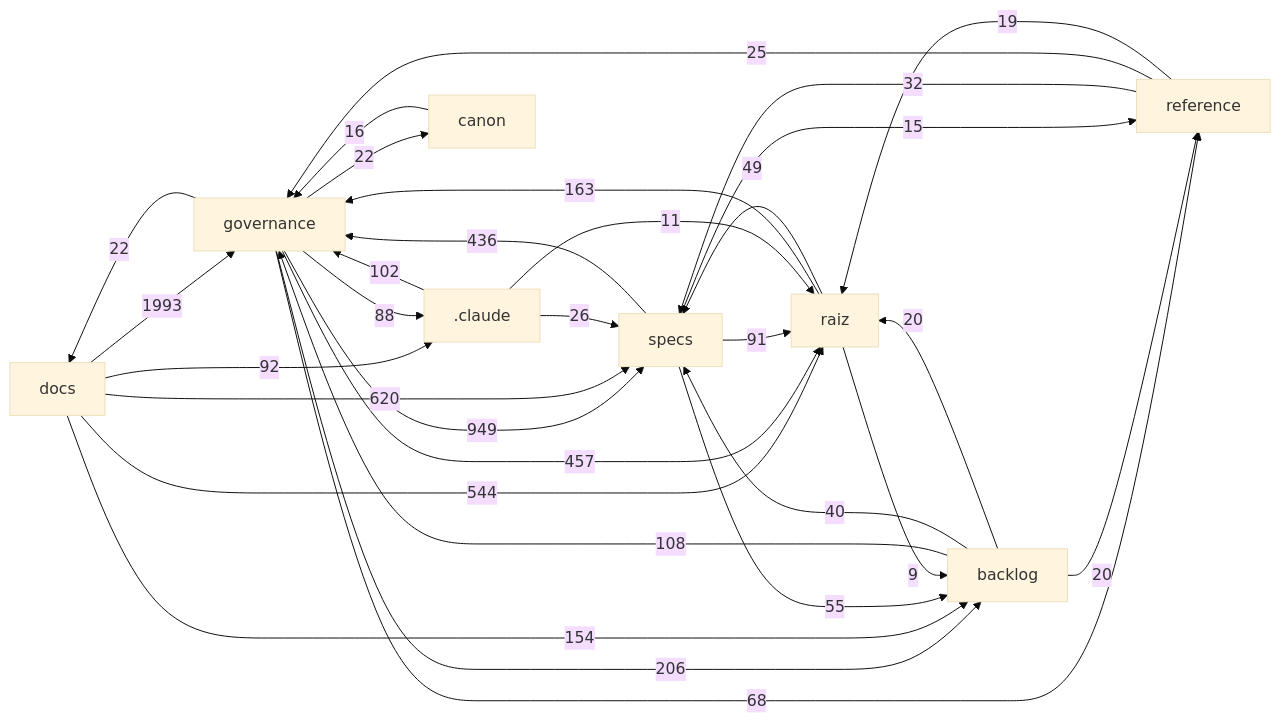
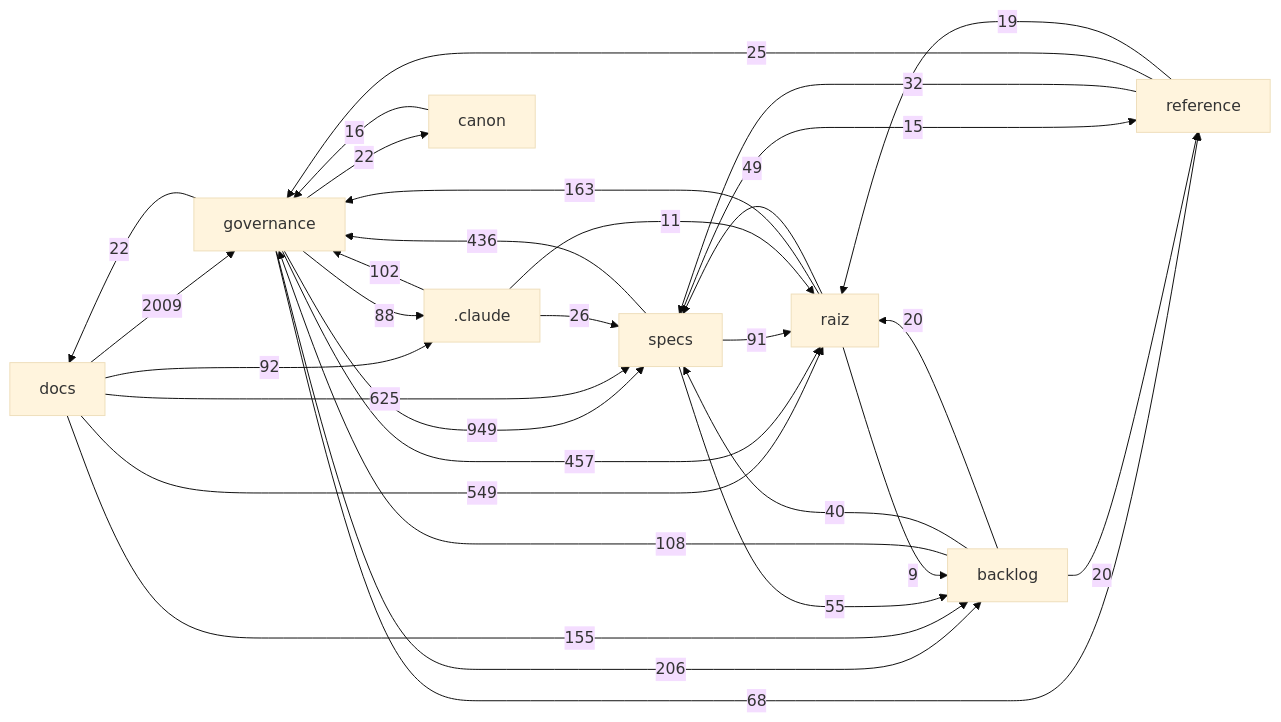
One commit to Andraus35/Sistema-Operacional-de-Trading--SOT changed the diagram in docs/mapa/MAPA-PROJETO.md. Above: the diagram before and after it, drawn with Mermaid (base theme). The commit also changed other lines of this file and 7 other files, not shown here.

````diff
--- a/docs/mapa/MAPA-PROJETO.md
+++ b/docs/mapa/MAPA-PROJETO.md
@@ -29,33 +29,33 @@
 ```mermaid
 flowchart LR
-  docs["docs"] -->|1993| governance["governance"]
+  docs["docs"] -->|2009| governance["governance"]
   governance["governance"] -->|949| specs["specs"]
-  docs["docs"] -->|620| specs["specs"]
-  docs["docs"] -->|544| raiz["raiz"]
+  docs["docs"] -->|625| specs["specs"]
+  docs["docs"] -->|549| raiz["raiz"]
   governance["governance"] -->|457| raiz["raiz"]
   specs["specs"] -->|436| governance["governance"]
   governance["governance"] -->|206| backlog["backlog"]
   raiz["raiz"] -->|163| governance["governance"]
-  docs["docs"] -->|154| backlog["backlog"]
+  docs["docs"] -->|155| backlog["backlog"]
   backlog["backlog"] -->|108| governance["governance"]
   _claude[".claude"] -->|102| governance["governance"]
   docs["docs"] -->|92| _claude[".claude"]
   specs["specs"] -->|91| raiz["raiz"]
   governance["governance"] -->|88| _claude[".claude"]
   governance["governance"] -->|68| reference["reference"]
   specs["specs"] -->|55| backlog["backlog"]
   raiz["raiz"] -->|49| specs["specs"]
   backlog["backlog"] -->|40| specs["specs"]
   reference["reference"] -->|32| specs["specs"]
   _claude[".claude"] -->|26| specs["specs"]
   reference["reference"] -->|25| governance["governance"]
   governance["governance"] -->|22| docs["docs"]
   governance["governance"] -->|22| canon["canon"]
   backlog["backlog"] -->|20| raiz["raiz"]
   backlog["backlog"] -->|20| reference["reference"]
   reference["reference"] -->|19| raiz["raiz"]
   canon["canon"] -->|16| governance["governance"]
   specs["specs"] -->|15| reference["reference"]
   _claude[".claude"] -->|11| raiz["raiz"]
   raiz["raiz"] -->|9| backlog["backlog"]
 ```
````
